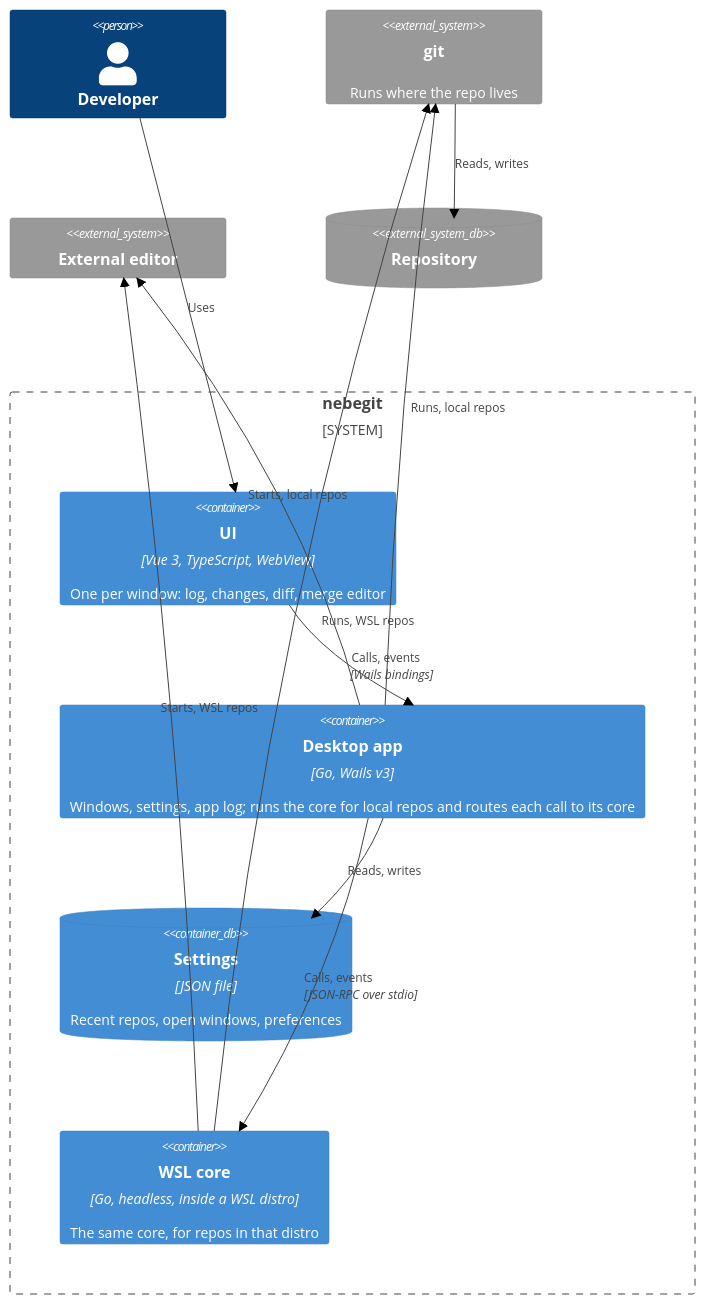
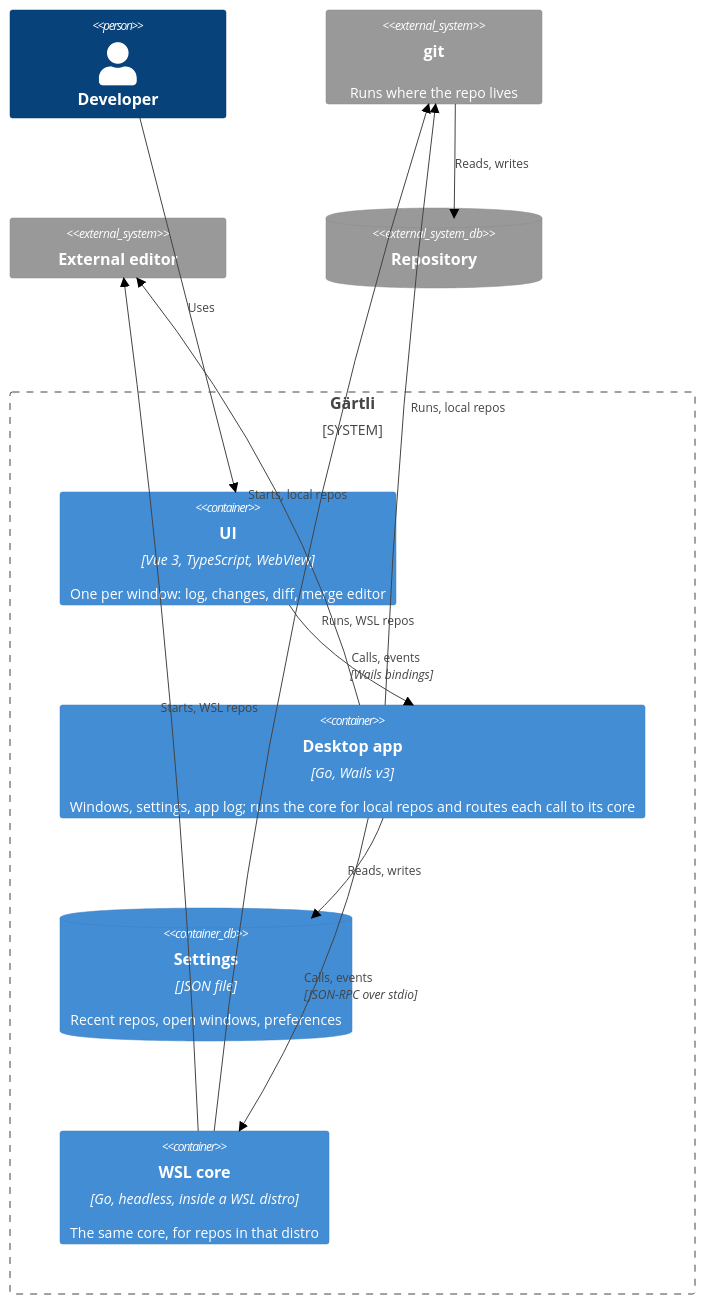
One commit to brogli/gaertli changed the second of 3 diagrams in docs/architecture.md. Above: the diagram before and after it, drawn with Mermaid (neutral theme). The commit also changed other lines of this file and 333 other files, not shown here.

````diff
--- a/docs/architecture.md
+++ b/docs/architecture.md
@@ -36,26 +36,26 @@
 ```mermaid
 C4Container
   UpdateLayoutConfig($c4ShapeInRow="3", $c4BoundaryInRow="1")
   Person(dev, "Developer")
 
-  System_Boundary(nebegit, "nebegit") {
+  System_Boundary(gaertli, "Gärtli") {
     Container(ui, "UI", "Vue 3, TypeScript, WebView", "One per window: log, changes, diff, merge editor")
     Container(app, "Desktop app", "Go, Wails v3", "Windows, settings, app log; runs the core for local repos and routes each call to its core")
     ContainerDb(settings, "Settings", "JSON file", "Recent repos, open windows, preferences")
     Container(wslcore, "WSL core", "Go, headless, inside a WSL distro", "The same core, for repos in that distro")
   }
 
   System_Ext(git, "git", "Runs where the repo lives")
   System_Ext(editor, "External editor")
   SystemDb_Ext(repo, "Repository")
 
   Rel(dev, ui, "Uses")
   Rel(ui, app, "Calls, events", "Wails bindings")
   Rel(app, settings, "Reads, writes")
   Rel(app, wslcore, "Calls, events", "JSON-RPC over stdio")
   Rel(app, git, "Runs, local repos")
   Rel(wslcore, git, "Runs, WSL repos")
   Rel(app, editor, "Starts, local repos")
   Rel(wslcore, editor, "Starts, WSL repos")
   Rel(git, repo, "Reads, writes")
 ```
````
